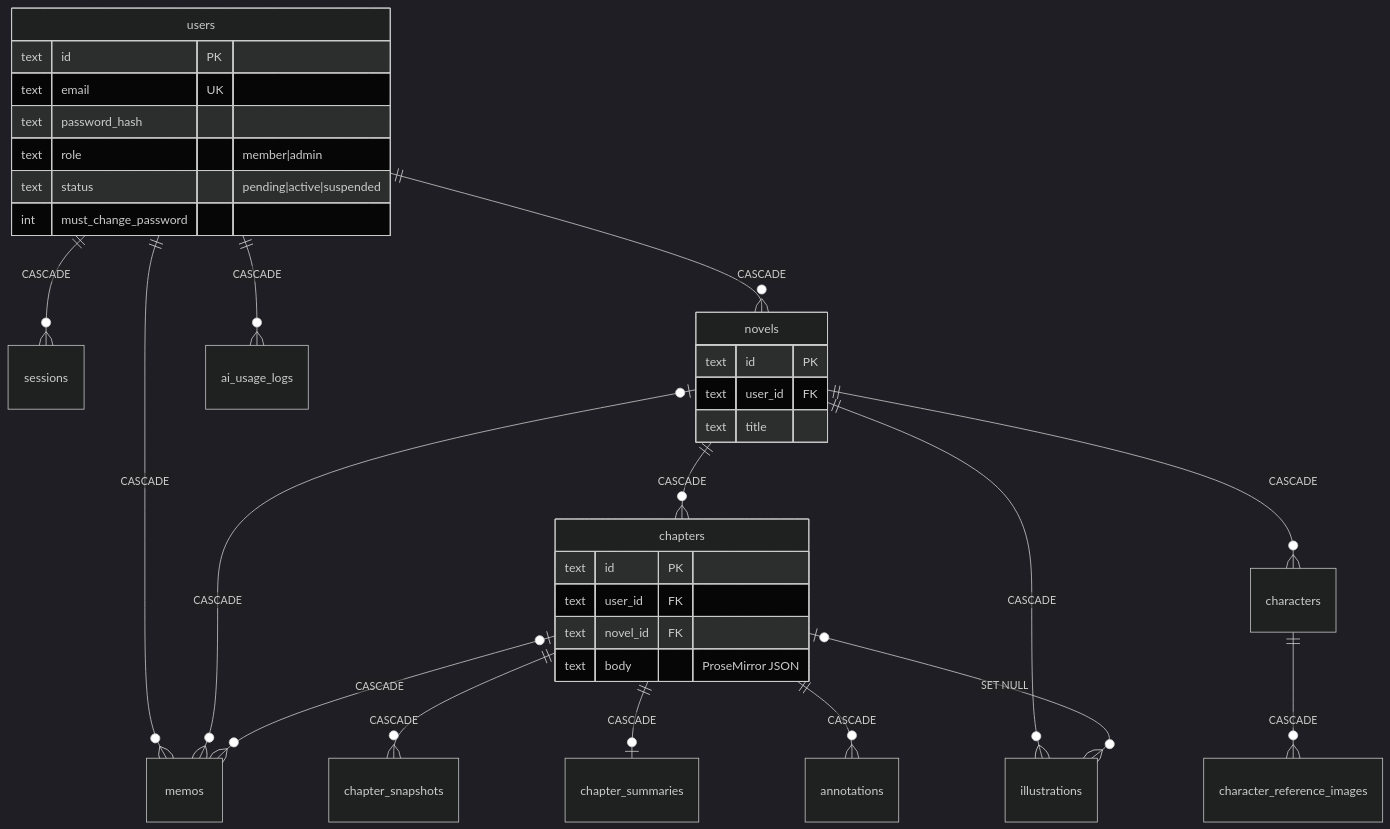
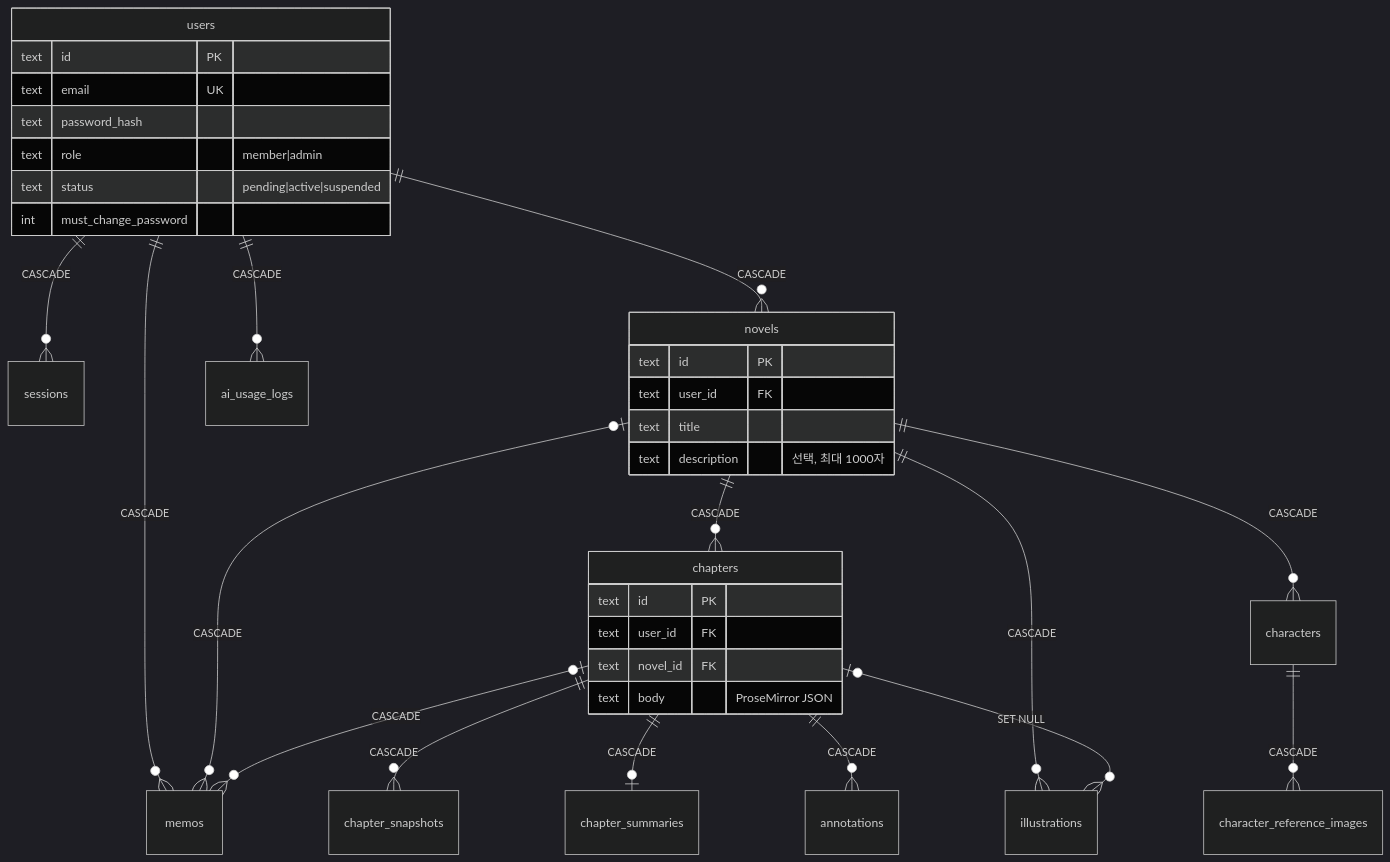
The diagram in packages/db/SCHEMA.md (gyuha/novelist), drawn with Mermaid (dark theme) before and after one commit. The commit also changed other lines of this file and 51 other files, not shown here.

````diff
--- a/packages/db/SCHEMA.md
+++ b/packages/db/SCHEMA.md
@@ -23,37 +23,38 @@
 ```mermaid
 erDiagram
     users ||--o{ sessions : "CASCADE"
     users ||--o{ novels : "CASCADE"
     users ||--o{ memos : "CASCADE"
     users ||--o{ ai_usage_logs : "CASCADE"
     novels ||--o{ chapters : "CASCADE"
     novels ||--o{ characters : "CASCADE"
     novels ||--o{ illustrations : "CASCADE"
     novels |o--o{ memos : "CASCADE"
     chapters |o--o{ memos : "CASCADE"
     chapters ||--o{ chapter_snapshots : "CASCADE"
     chapters ||--o| chapter_summaries : "CASCADE"
     chapters ||--o{ annotations : "CASCADE"
     chapters |o--o{ illustrations : "SET NULL"
     characters ||--o{ character_reference_images : "CASCADE"
 
     users {
         text id PK
         text email UK
         text password_hash
         text role "member|admin"
         text status "pending|active|suspended"
         int must_change_password
     }
     novels {
         text id PK
         text user_id FK
         text title
+        text description "선택, 최대 1000자"
     }
     chapters {
         text id PK
         text user_id FK
         text novel_id FK
         text body "ProseMirror JSON"
     }
 ```
````
